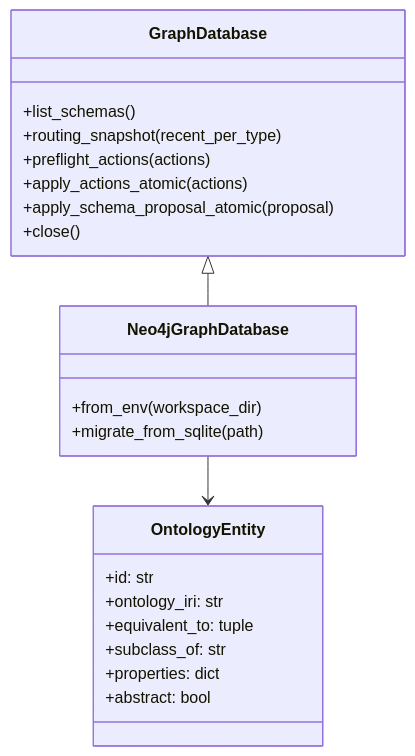
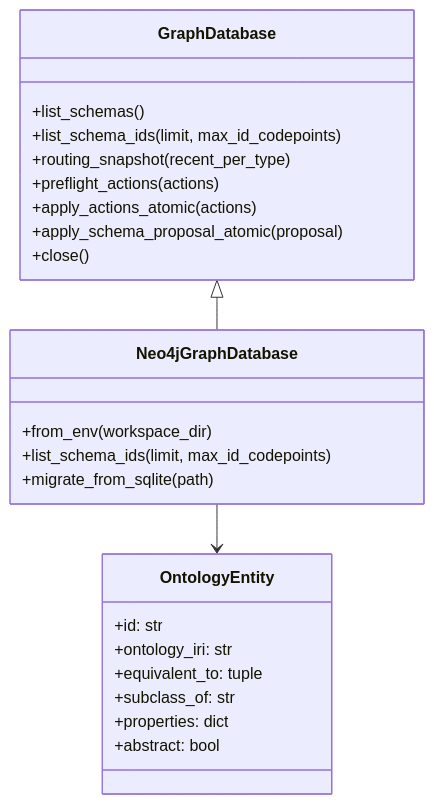
Before and after one commit to BillShiyaoZhang/ambient-agent: the eighth of 10 diagrams in docs/architecture/uml.md, drawn with Mermaid. The commit also changed other lines of this file and 32 other files, not shown here.

````diff
--- a/docs/architecture/uml.md
+++ b/docs/architecture/uml.md
@@ -222,26 +222,28 @@
 ```mermaid
 classDiagram
     class GraphDatabase {
         +list_schemas()
+        +list_schema_ids(limit, max_id_codepoints)
         +routing_snapshot(recent_per_type)
         +preflight_actions(actions)
         +apply_actions_atomic(actions)
         +apply_schema_proposal_atomic(proposal)
         +close()
     }
     class Neo4jGraphDatabase {
         +from_env(workspace_dir)
+        +list_schema_ids(limit, max_id_codepoints)
         +migrate_from_sqlite(path)
     }
     class OntologyEntity {
         +id: str
         +ontology_iri: str
         +equivalent_to: tuple
         +subclass_of: str
         +properties: dict
         +abstract: bool
     }
 
     GraphDatabase <|-- Neo4jGraphDatabase
     Neo4jGraphDatabase --> OntologyEntity
 ```
````
